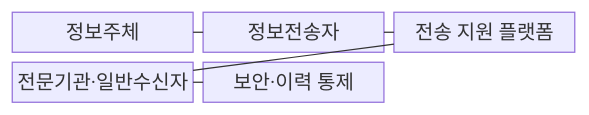
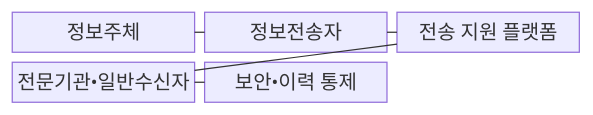
The first of 2 diagrams in src/content/docs/notes/05-security/096_data_portability_mydata.md (agnusdei1207/knowledge-base), drawn with Mermaid before and after one commit. The commit also changed other lines of this file and 953 other files, not shown here.

````diff
--- a/src/content/docs/notes/05-security/096_data_portability_mydata.md
+++ b/src/content/docs/notes/05-security/096_data_portability_mydata.md
@@ -63,13 +63,13 @@
 ```mermaid
 block-beta
   columns 3
   A["정보주체"]
   B["정보전송자"]
   C["전송 지원 플랫폼"]
-  D["전문기관·일반수신자"]
-  E["보안·이력 통제"]
+  D["전문기관•일반수신자"]
+  E["보안•이력 통제"]
   A --- B
   B --- C
   C --- D
   D --- E
 ```
````
